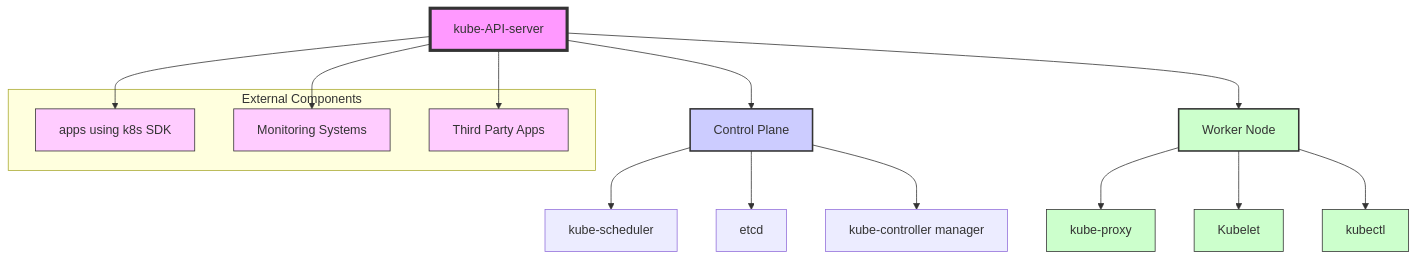
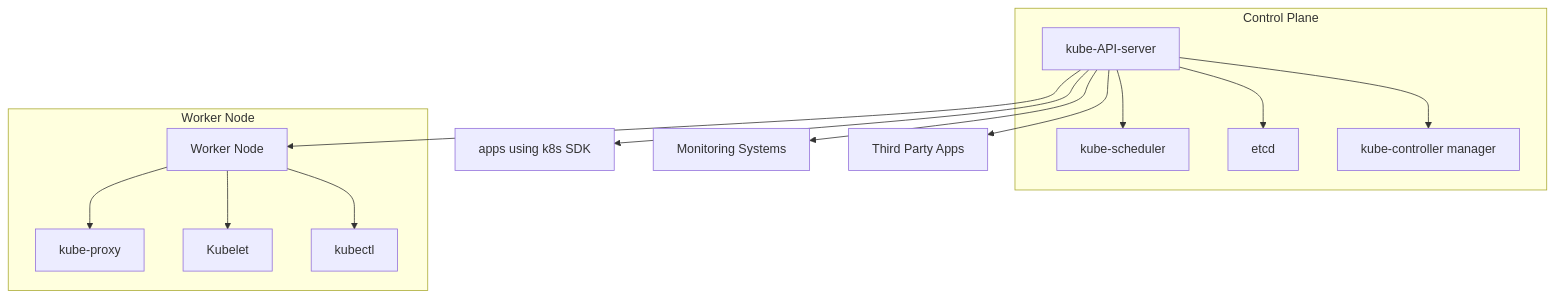
Before and after one commit to 007chiragshah/tucana: the first of 2 diagrams in Architecture_Overview.md, drawn with Mermaid.

````diff
--- a/Architecture_Overview.md
+++ b/Architecture_Overview.md
@@ -20,32 +20,30 @@
   ```mermaid 
   graph TD
-    A[kube-API-server] --> B[Control Plane]
-    B --> C[kube-scheduler]
-    B --> D[etcd]
-    B --> E[kube-controller manager]
+    subgraph "Control Plane"
+        A[kube-API-server]
+        B[kube-scheduler]
+        D[etcd]
+        E[kube-controller manager]
+    end
+
+    A --> B
+    A --> D
+    A --> E
 
     F[Worker Node] --> G[kube-proxy]
     F --> H[Kubelet]
     F --> I[kubectl]
 
-    subgraph "External Components"
-        J[apps using k8s SDK]
-        K[Monitoring Systems]
-        L[Third Party Apps]
+    A --> F
+    A --> J[apps using k8s SDK]
+    A --> K[Monitoring Systems]
+    A --> L[Third Party Apps]
+    
+    subgraph "Worker Node"
+        F
+        G
+        H
+        I
     end
 
-    A --> F
-    A --> J
-    A --> K
-    A --> L
-    
-    style A fill:#f9f,stroke:#333,stroke-width:4px
-    style B fill:#ccf,stroke:#333,stroke-width:2px
-    style F fill:#cfc,stroke:#333,stroke-width:2px
-    style G fill:#cfc,stroke:#333,stroke-width:1px
-    style H fill:#cfc,stroke:#333,stroke-width:1px
-    style I fill:#cfc,stroke:#333,stroke-width:1px
-    style J fill:#fcf,stroke:#333,stroke-width:1px
-    style K fill:#fcf,stroke:#333,stroke-width:1px
-    style L fill:#fcf,stroke:#333,stroke-width:1px
   ```
````
